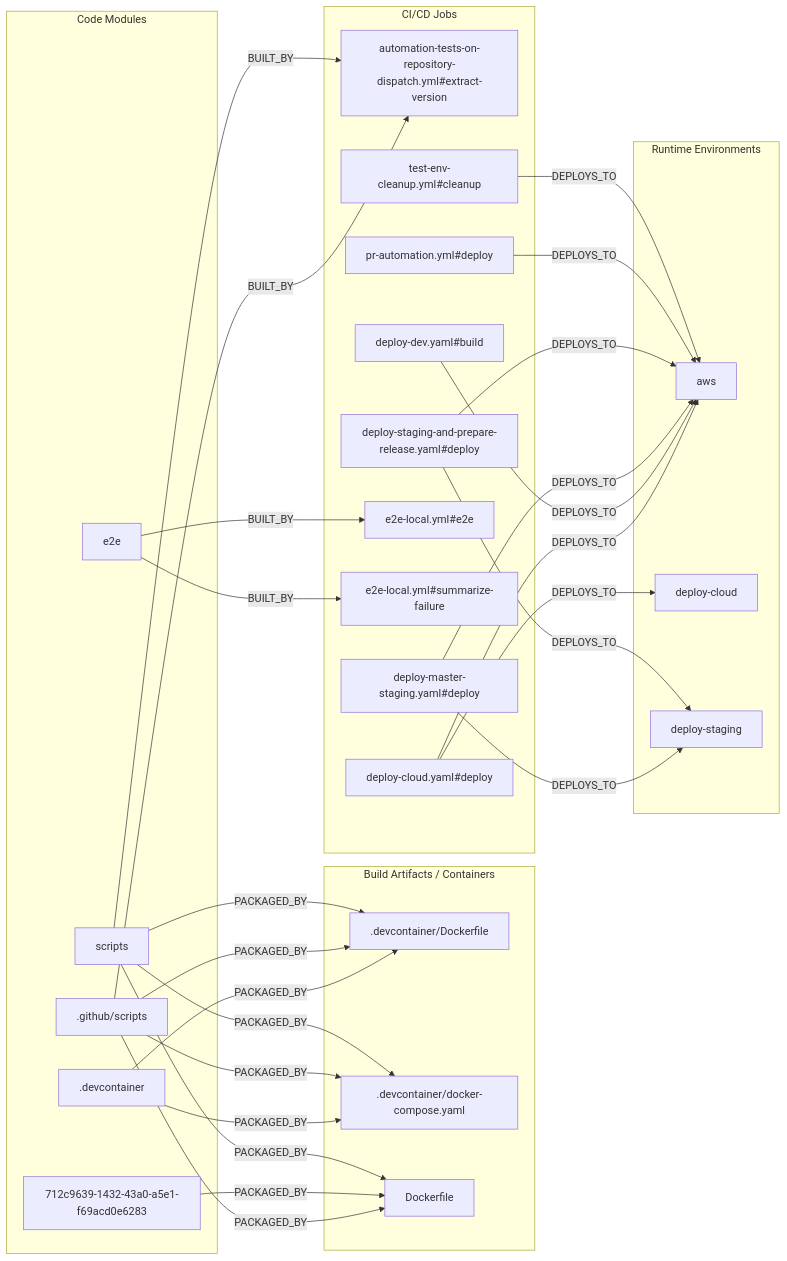
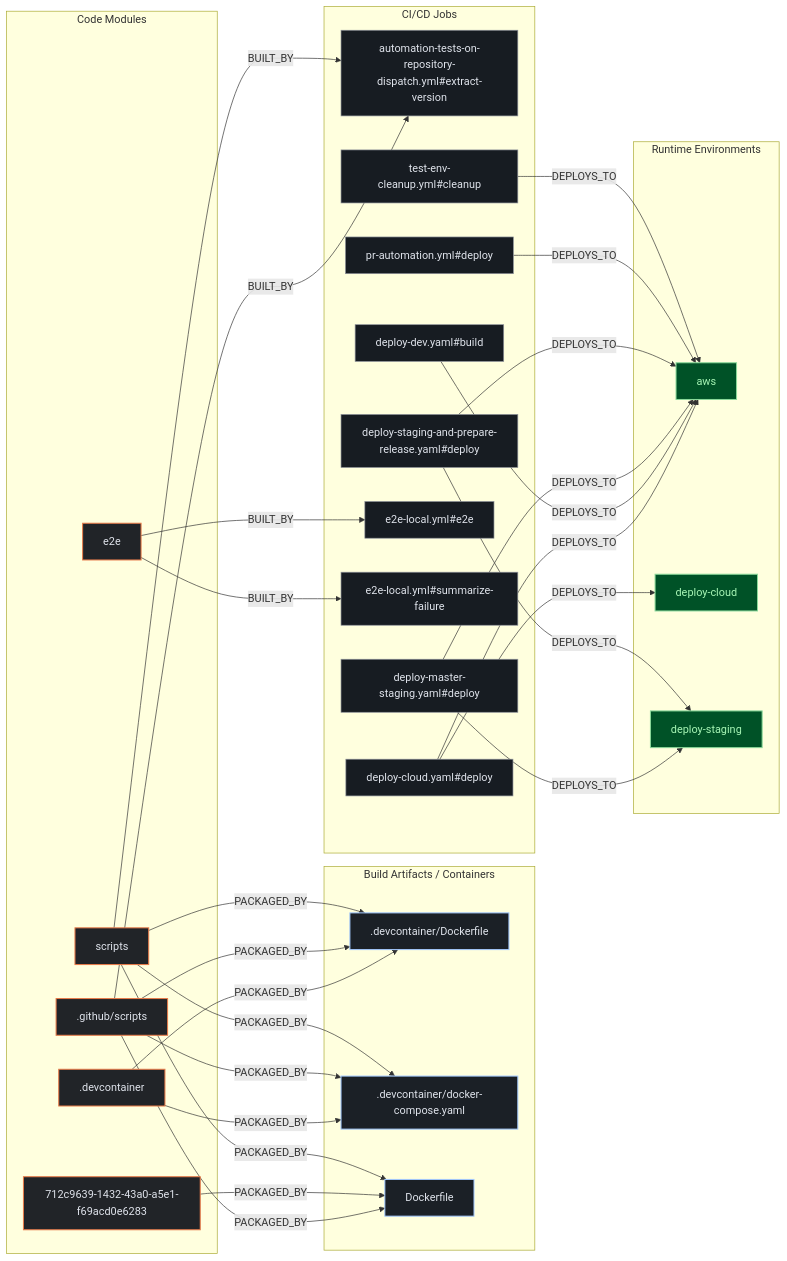
The second of 3 diagrams in exports/latest/reports/saleor-saleor-dashboard-report.md (kumarshaz/atruss-code-atlas), drawn with Mermaid before and after one commit. The commit also changed other lines of this file and 331 other files, not shown here.

Commit message:
docs,ui,fix: update SDLC docs, reorder CI/CD DAG first, stylize Mermaid, and fix Arc42 pipeline topology

````diff
--- a/exports/latest/reports/saleor-saleor-dashboard-report.md
+++ b/exports/latest/reports/saleor-saleor-dashboard-report.md
@@ -246,53 +253,57 @@
 ```mermaid
 flowchart LR
+    classDef atlasCategory fill:#212428,stroke:#E87A48,stroke-width:1.5px,color:#dfe3eb
+    classDef atlasWorkflow fill:#1b2026,stroke:#a3c9ff,stroke-width:1.5px,color:#dfe3eb
+    classDef atlasJob fill:#171c22,stroke:#8d9199,stroke-width:1px,color:#dfe3eb
+    classDef atlasTarget fill:#005227,stroke:#8bd99b,stroke-width:1.5px,color:#a7f6b6
     subgraph code_modules["Code Modules"]
-        mod__devcontainer[".devcontainer"]
-        mod__github_scripts[".github/scripts"]
-        mod_712c9639_1432_43a0_a5e1_f69acd0e6283["712c9639-1432-43a0-a5e1-f69acd0e6283"]
-        mod_e2e["e2e"]
-        mod_scripts["scripts"]
+        mod__devcontainer[".devcontainer"]:::atlasCategory
+        mod__github_scripts[".github/scripts"]:::atlasCategory
+        mod_712c9639_1432_43a0_a5e1_f69acd0e6283["712c9639-1432-43a0-a5e1-f69acd0e6283"]:::atlasCategory
+        mod_e2e["e2e"]:::atlasCategory
+        mod_scripts["scripts"]:::atlasCategory
     end
     subgraph build_artifacts["Build Artifacts / Containers"]
-        art__devcontainer_Dockerfile[".devcontainer/Dockerfile"]
-        art__devcontainer_docker_compose_yaml[".devcontainer/docker-compose.yaml"]
-        art_Dockerfile["Dockerfile"]
+        art__devcontainer_Dockerfile[".devcontainer/Dockerfile"]:::atlasWorkflow
+        art__devcontainer_docker_compose_yaml[".devcontainer/docker-compose.yaml"]:::atlasWorkflow
+        art_Dockerfile["Dockerfile"]:::atlasWorkflow
     end
     subgraph ci_jobs["CI/CD Jobs"]
-        job_automation_tests_on_repository_dispatch_yml_extract_version["automation-tests-on-repository-dispatch.yml#extract-version"]
-        job_deploy_cloud_yaml_deploy["deploy-cloud.yaml#deploy"]
-        job_deploy_dev_yaml_build["deploy-dev.yaml#build"]
-        job_deploy_master_staging_yaml_deploy["deploy-master-staging.yaml#deploy"]
-        job_deploy_staging_and_prepare_release_yaml_deploy["deploy-staging-and-prepare-release.yaml#deploy"]
-        job_e2e_local_yml_e2e["e2e-local.yml#e2e"]
-        job_e2e_local_yml_summarize_failure["e2e-local.yml#summarize-failure"]
-        job_pr_automation_yml_deploy["pr-automation.yml#deploy"]
-        job_test_env_cleanup_yml_cleanup["test-env-cleanup.yml#cleanup"]
+        job_automation_tests_on_repository_dispatch_yml_extract_version["automation-tests-on-repository-dispatch.yml#extract-version"]:::atlasJob
+        job_deploy_cloud_yaml_deploy["deploy-cloud.yaml#deploy"]:::atlasJob
+        job_deploy_dev_yaml_build["deploy-dev.yaml#build"]:::atlasJob
+        job_deploy_master_staging_yaml_deploy["deploy-master-staging.yaml#deploy"]:::atlasJob
+        job_deploy_staging_and_prepare_release_yaml_deploy["deploy-staging-and-prepare-release.yaml#deploy"]:::atlasJob
+        job_e2e_local_yml_e2e["e2e-local.yml#e2e"]:::atlasJob
+        job_e2e_local_yml_summarize_failure["e2e-local.yml#summarize-failure"]:::atlasJob
+        job_pr_automation_yml_deploy["pr-automation.yml#deploy"]:::atlasJob
+        job_test_env_cleanup_yml_cleanup["test-env-cleanup.yml#cleanup"]:::atlasJob
     end
     subgraph runtime_envs["Runtime Environments"]
-        env_aws["aws"]
-        env_deploy_cloud["deploy-cloud"]
-        env_deploy_staging["deploy-staging"]
+        env_aws["aws"]:::atlasTarget
+        env_deploy_cloud["deploy-cloud"]:::atlasTarget
+        env_deploy_staging["deploy-staging"]:::atlasTarget
     end
     job_deploy_cloud_yaml_deploy -->|DEPLOYS_TO| env_aws
     job_deploy_cloud_yaml_deploy -->|DEPLOYS_TO| env_deploy_cloud
     job_deploy_dev_yaml_build -->|DEPLOYS_TO| env_aws
     job_deploy_master_staging_yaml_deploy -->|DEPLOYS_TO| env_aws
     job_deploy_master_staging_yaml_deploy -->|DEPLOYS_TO| env_deploy_staging
     job_deploy_staging_and_prepare_release_yaml_deploy -->|DEPLOYS_TO| env_aws
     job_deploy_staging_and_prepare_release_yaml_deploy -->|DEPLOYS_TO| env_deploy_staging
     job_pr_automation_yml_deploy -->|DEPLOYS_TO| env_aws
     job_test_env_cleanup_yml_cleanup -->|DEPLOYS_TO| env_aws
     mod__devcontainer -->|PACKAGED_BY| art__devcontainer_Dockerfile
     mod__devcontainer -->|PACKAGED_BY| art__devcontainer_docker_compose_yaml
     mod__github_scripts -->|BUILT_BY| job_automation_tests_on_repository_dispatch_yml_extract_version
     mod__github_scripts -->|PACKAGED_BY| art__devcontainer_Dockerfile
     mod__github_scripts -->|PACKAGED_BY| art__devcontainer_docker_compose_yaml
     mod__github_scripts -->|PACKAGED_BY| art_Dockerfile
     mod_712c9639_1432_43a0_a5e1_f69acd0e6283 -->|PACKAGED_BY| art_Dockerfile
     mod_e2e -->|BUILT_BY| job_e2e_local_yml_e2e
     mod_e2e -->|BUILT_BY| job_e2e_local_yml_summarize_failure
     mod_scripts -->|BUILT_BY| job_automation_tests_on_repository_dispatch_yml_extract_version
     mod_scripts -->|PACKAGED_BY| art__devcontainer_Dockerfile
     mod_scripts -->|PACKAGED_BY| art__devcontainer_docker_compose_yaml
     mod_scripts -->|PACKAGED_BY| art_Dockerfile
 ```
````
